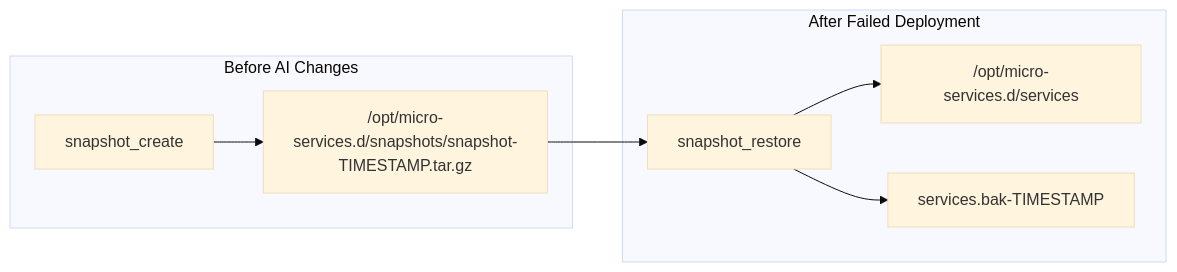
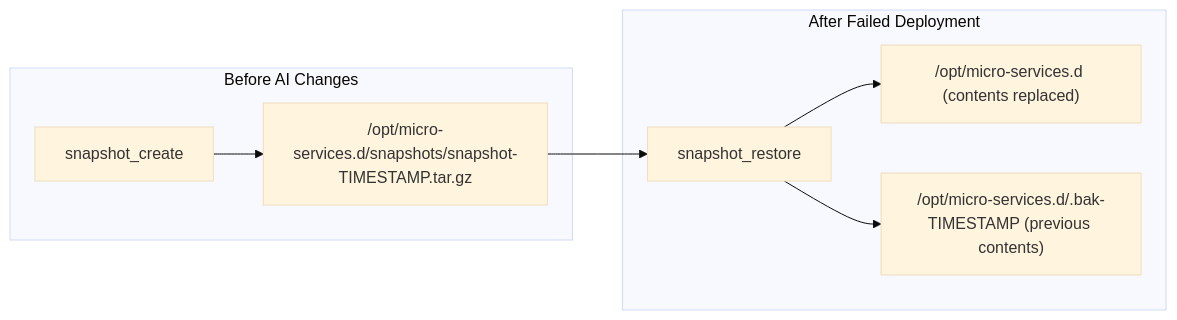
Before and after one commit to kafkaesque-agentic-systems/vps-services: the second of 3 diagrams in services/ARCHITECTURE.md, drawn with Mermaid (base theme). The commit also changed other lines of this file and 14 other files, not shown here.

````diff
--- a/services/ARCHITECTURE.md
+++ b/services/ARCHITECTURE.md
@@ -692,11 +695,11 @@
 ```mermaid
 flowchart LR
     subgraph backup [Before AI Changes]
         A[snapshot_create] --> B["/opt/micro-services.d/snapshots/snapshot-TIMESTAMP.tar.gz"]
     end
     subgraph restore [After Failed Deployment]
-        C[snapshot_restore] --> D["/opt/micro-services.d/services"]
-        C --> E["services.bak-TIMESTAMP"]
+        C[snapshot_restore] --> D["/opt/micro-services.d (contents replaced)"]
+        C --> E["/opt/micro-services.d/.bak-TIMESTAMP (previous contents)"]
     end
     B --> C
 ```
````
